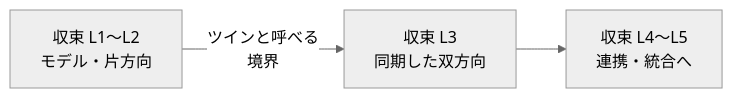
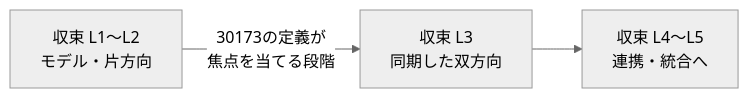
One commit to myoshi2891/Quality-Assurance-Studies changed the third of 10 diagrams in Iso-iec-30186-guide.md. Above: the diagram before and after it, drawn with Mermaid (neutral theme). The commit also changed other lines of this file and 5 other files, not shown here.

````diff
--- a/Iso-iec-30186-guide.md
+++ b/Iso-iec-30186-guide.md
@@ -140,5 +139,5 @@
 ```mermaid
 flowchart LR
-  A["収束 L1〜L2<br/>モデル・片方向"] -->|ツインと呼べる<br/>境界| B["収束 L3<br/>同期した双方向"]
+  A["収束 L1〜L2<br/>モデル・片方向"] -->|30173の定義が<br/>焦点を当てる段階| B["収束 L3<br/>同期した双方向"]
   B --> C["収束 L4〜L5<br/>連携・統合へ"]
 ```
````
